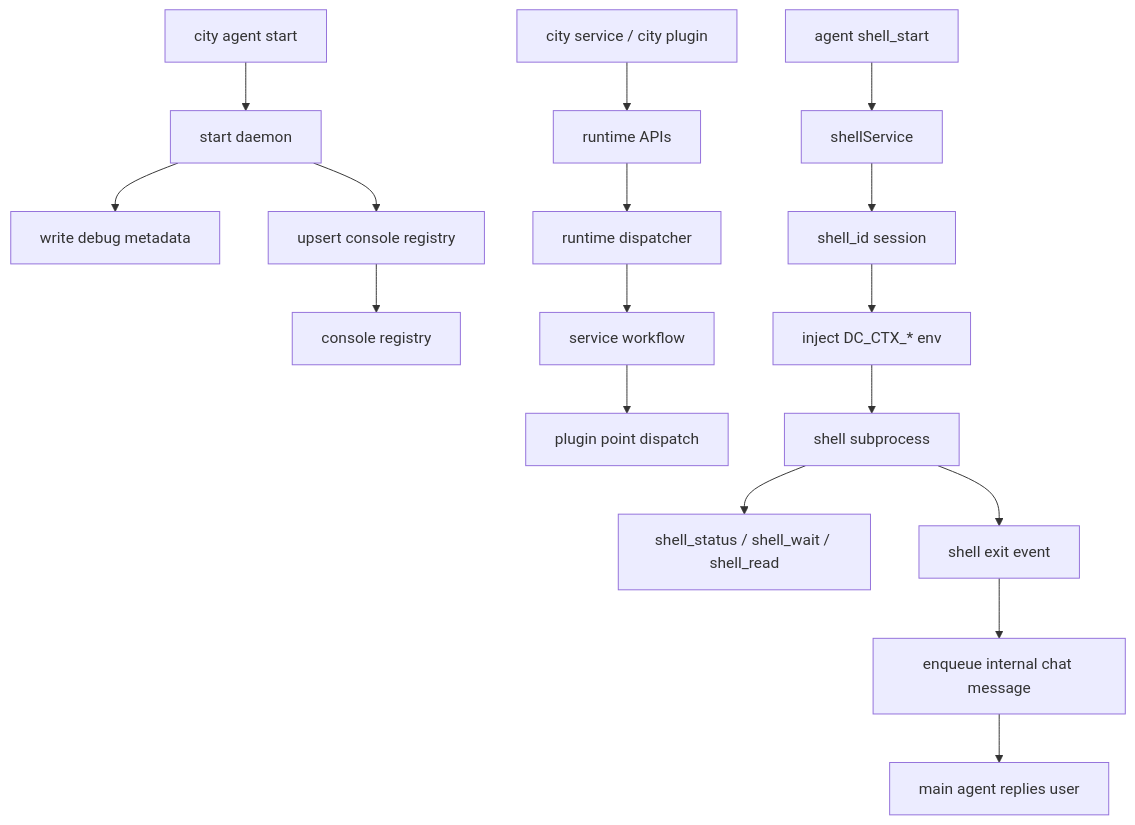
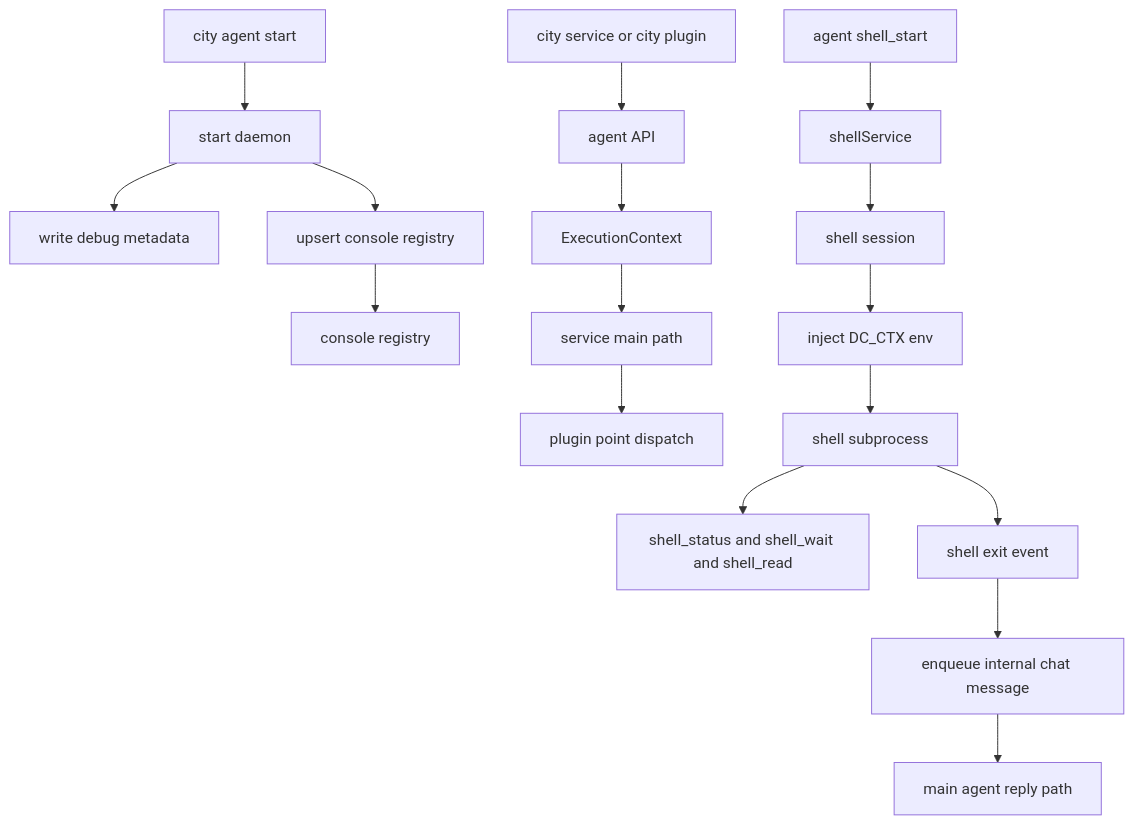
One commit to wangenius/downcity changed the diagram in homepage/content/docs/en/concepts/runtime-registration-service-shell-flow.mdx. Above: the diagram before and after it, drawn with Mermaid. The commit also changed other lines of this file and 96 other files, not shown here.

````diff
--- a/homepage/content/docs/en/concepts/runtime-registration-service-shell-flow.mdx
+++ b/homepage/content/docs/en/concepts/runtime-registration-service-shell-flow.mdx
@@ -32,21 +33,21 @@
 ```mermaid
 flowchart TD
   A["city agent start"] --> B["start daemon"]
   B --> C["write debug metadata"]
   B --> D["upsert console registry"]
   D --> E["console registry"]
 
-  F["city service / city plugin"] --> G["runtime APIs"]
-  G --> H["runtime dispatcher"]
-  H --> I["service workflow"]
+  F["city service or city plugin"] --> G["agent API"]
+  G --> H["ExecutionContext"]
+  H --> I["service main path"]
   I --> J["plugin point dispatch"]
 
   L["agent shell_start"] --> M["shellService"]
-  M --> N["shell_id session"]
-  N --> O["inject DC_CTX_* env"]
+  M --> N["shell session"]
+  N --> O["inject DC_CTX env"]
   O --> P["shell subprocess"]
-  P --> Q["shell_status / shell_wait / shell_read"]
+  P --> Q["shell_status and shell_wait and shell_read"]
   P --> R["shell exit event"]
   R --> S["enqueue internal chat message"]
-  S --> T["main agent replies user"]
+  S --> T["main agent reply path"]
 ```
````
